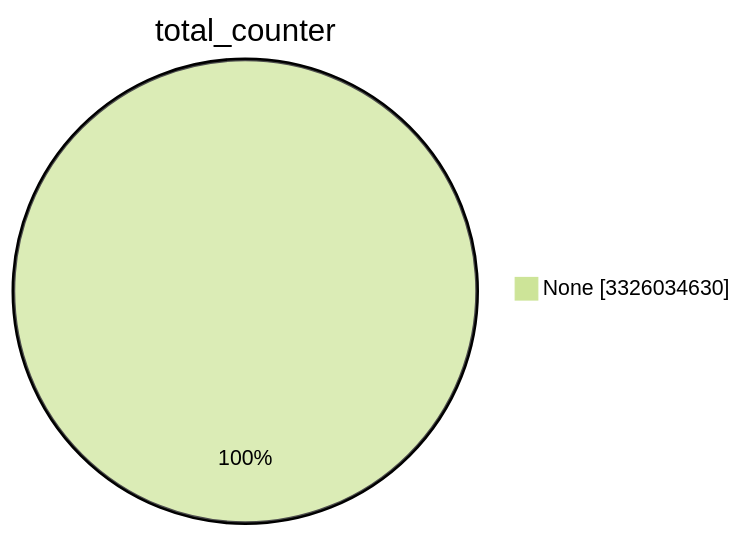
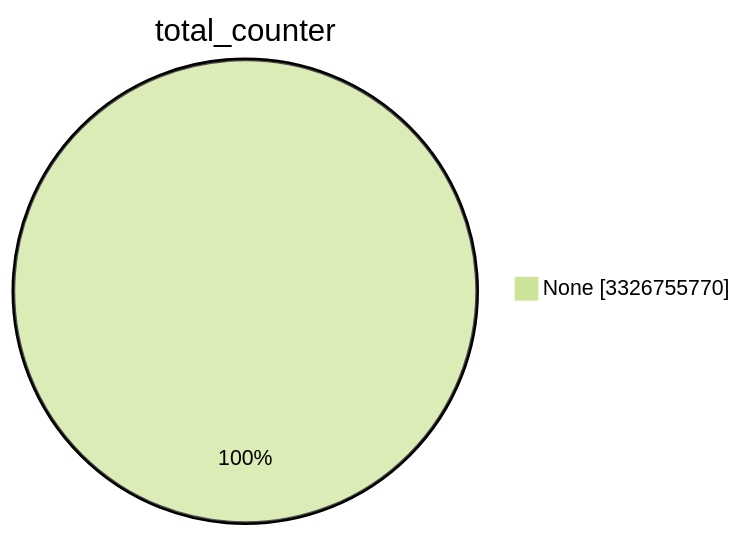
The first of 15 diagrams in TOTAL/README.md (christiankrug/ctmonitor_visualization), drawn with Mermaid (forest theme) before and after one commit. The commit also changed other lines of this file, not shown here.

````diff
--- a/TOTAL/README.md
+++ b/TOTAL/README.md
@@ -1,5 +1,5 @@
 ```mermaid
 pie showData
 title total_counter
-"None" :3326034630
+"None" :3326755770
 ```
````
